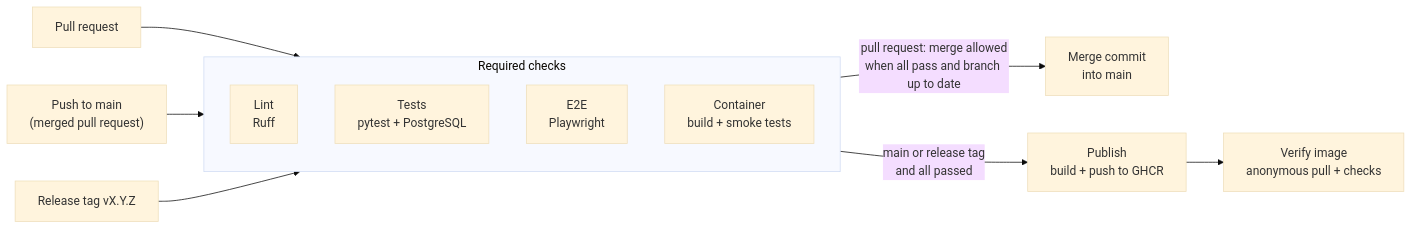
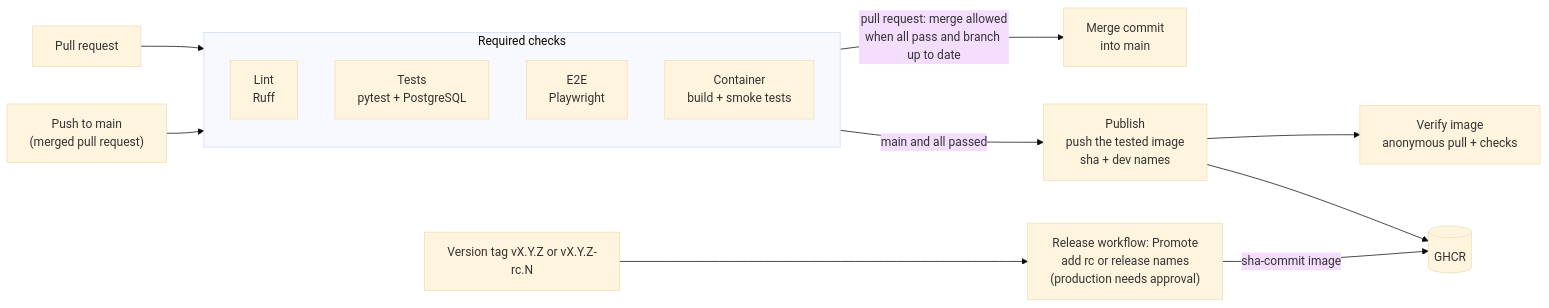
Before and after one commit to ceciliagalvaoo/hospital-devops: the fourth of 4 diagrams in docs/architecture.md, drawn with Mermaid (base theme). The commit also changed other lines of this file and 5 other files, not shown here.

````diff
--- a/docs/architecture.md
+++ b/docs/architecture.md
@@ -130,15 +130,17 @@
 ```mermaid
 flowchart LR
     pr["Pull request"] --> checks
     push["Push to main<br/>(merged pull request)"] --> checks
-    tag["Release tag vX.Y.Z"] --> checks
+    tag["Version tag vX.Y.Z or vX.Y.Z-rc.N"] --> promote
     subgraph checks["Required checks"]
         lint["Lint<br/>Ruff"]
         tests["Tests<br/>pytest + PostgreSQL"]
         e2e["E2E<br/>Playwright"]
         container["Container<br/>build + smoke tests"]
     end
     checks -- "pull request: merge allowed<br/>when all pass and branch up to date" --> merge["Merge commit<br/>into main"]
-    checks -- "main or release tag<br/>and all passed" --> publish["Publish<br/>build + push to GHCR"]
+    checks -- "main and all passed" --> publish["Publish<br/>push the tested image<br/>sha + dev names"]
     publish --> verify["Verify image<br/>anonymous pull + checks"]
+    promote["Release workflow: Promote<br/>add rc or release names<br/>(production needs approval)"] -- "sha-commit image" --> ghcr[("GHCR")]
+    publish --> ghcr
 ```
````
